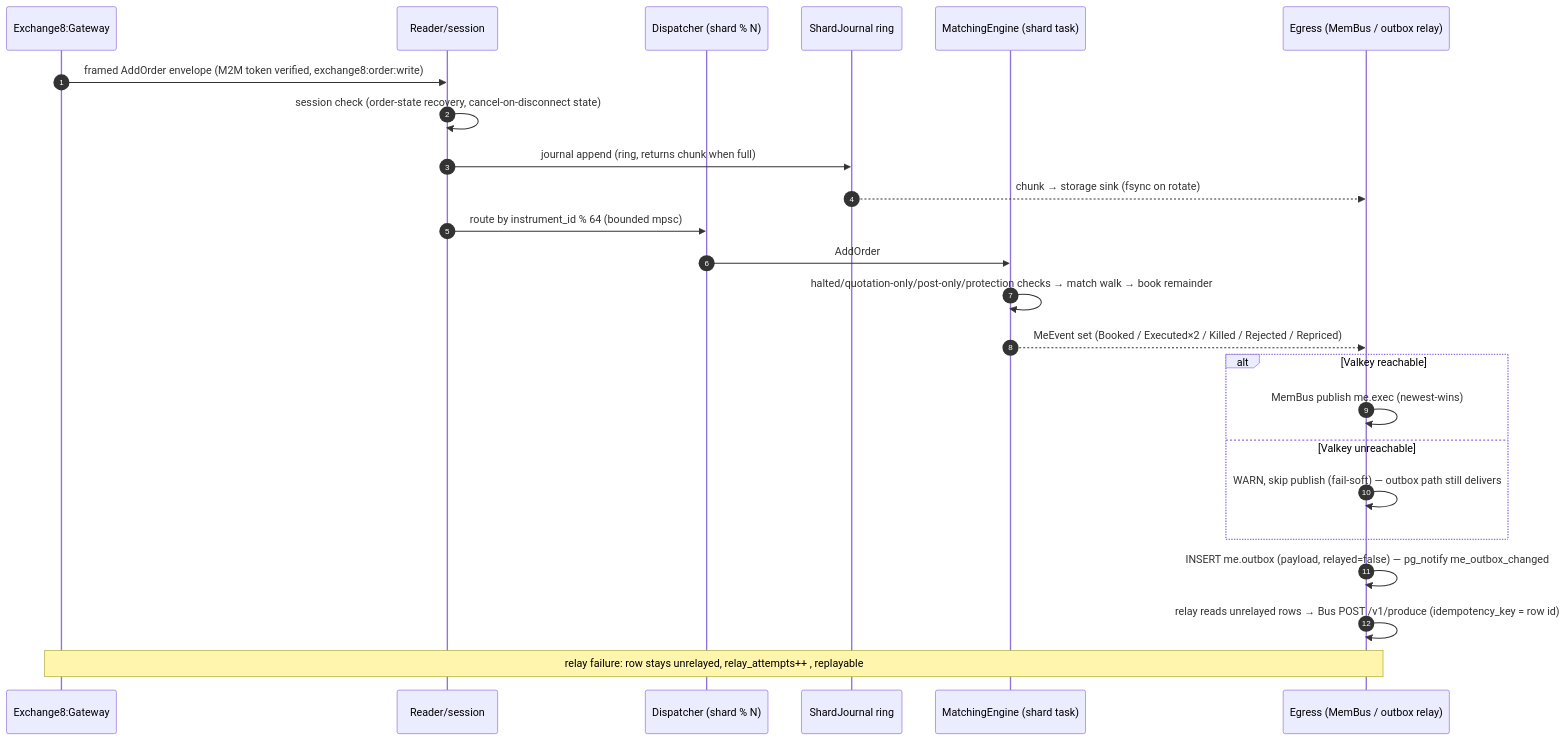
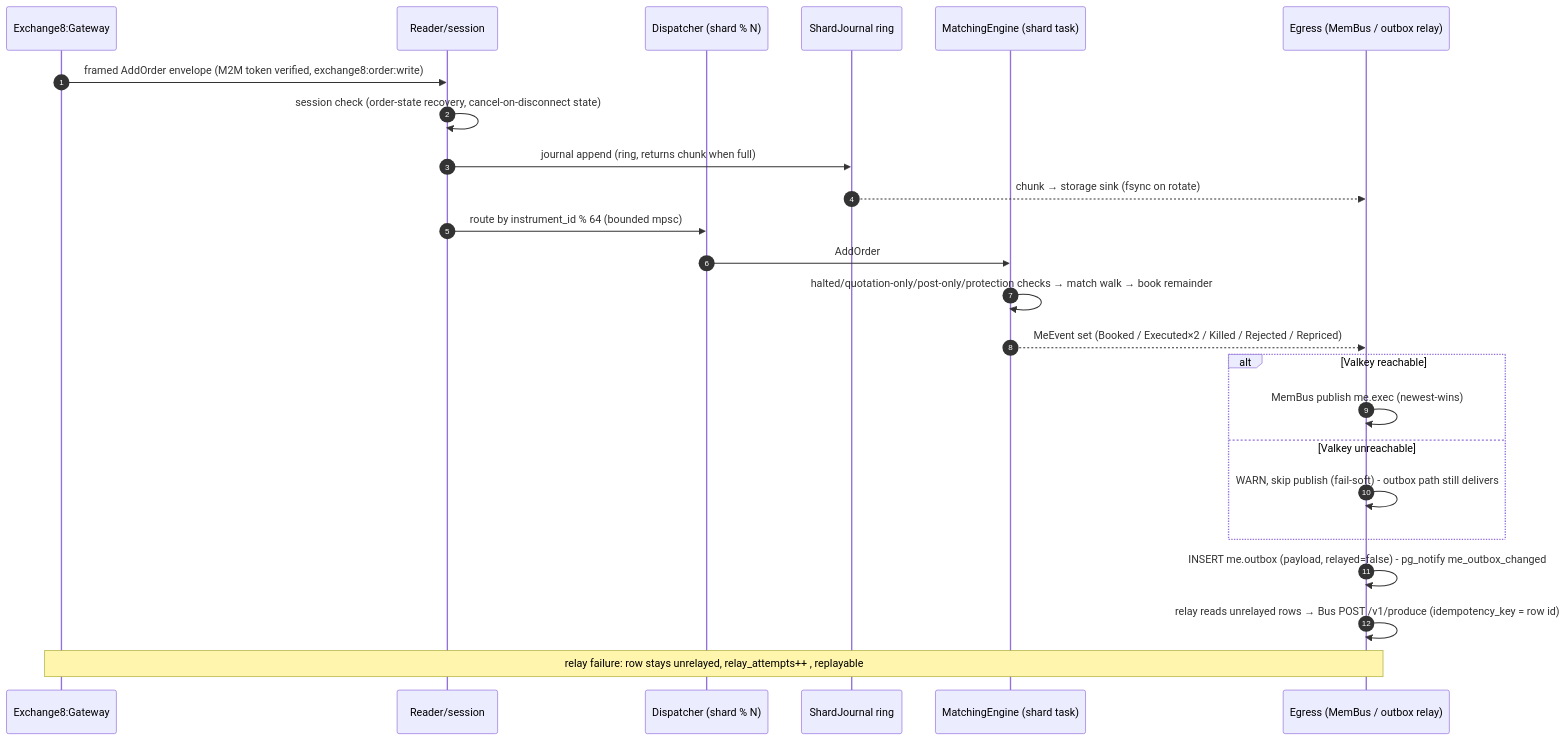
One commit to Exchange8-dev/exchange8-me changed the fourth of 15 diagrams in DESIGN.md. Above: the diagram before and after it, drawn with Mermaid. The commit also changed other lines of this file and 21 other files, not shown here.

````diff
--- a/DESIGN.md
+++ b/DESIGN.md
@@ -164,27 +164,27 @@
 ```mermaid
 sequenceDiagram
     autonumber
     participant GW as Exchange8:Gateway
     participant R as Reader/session
    participant DSP as Dispatcher (shard % N)
     participant SJ as ShardJournal ring
     participant E as MatchingEngine (shard task)
     participant OUT as Egress (MemBus / outbox relay)
 
     GW->>R: framed AddOrder envelope (M2M token verified, exchange8:order:write)
     R->>R: session check (order-state recovery, cancel-on-disconnect state)
     R->>SJ: journal append (ring, returns chunk when full)
     SJ-->>OUT: chunk → storage sink (fsync on rotate)
     R->>DSP: route by instrument_id % 64 (bounded mpsc)
     DSP->>E: AddOrder
     E->>E: halted/quotation-only/post-only/protection checks → match walk → book remainder
     E-->>OUT: MeEvent set (Booked / Executed×2 / Killed / Rejected / Repriced)
     alt Valkey reachable
         OUT->>OUT: MemBus publish me.exec (newest-wins)
     else Valkey unreachable
-        OUT->>OUT: WARN, skip publish (fail-soft) — outbox path still delivers
+        OUT->>OUT: WARN, skip publish (fail-soft) - outbox path still delivers
     end
-    OUT->>OUT: INSERT me.outbox (payload, relayed=false) — pg_notify me_outbox_changed
+    OUT->>OUT: INSERT me.outbox (payload, relayed=false) - pg_notify me_outbox_changed
     OUT->>OUT: relay reads unrelayed rows → Bus POST /v1/produce (idempotency_key = row id)
     Note over GW,OUT: relay failure: row stays unrelayed, relay_attempts++ , replayable
 ```
````
